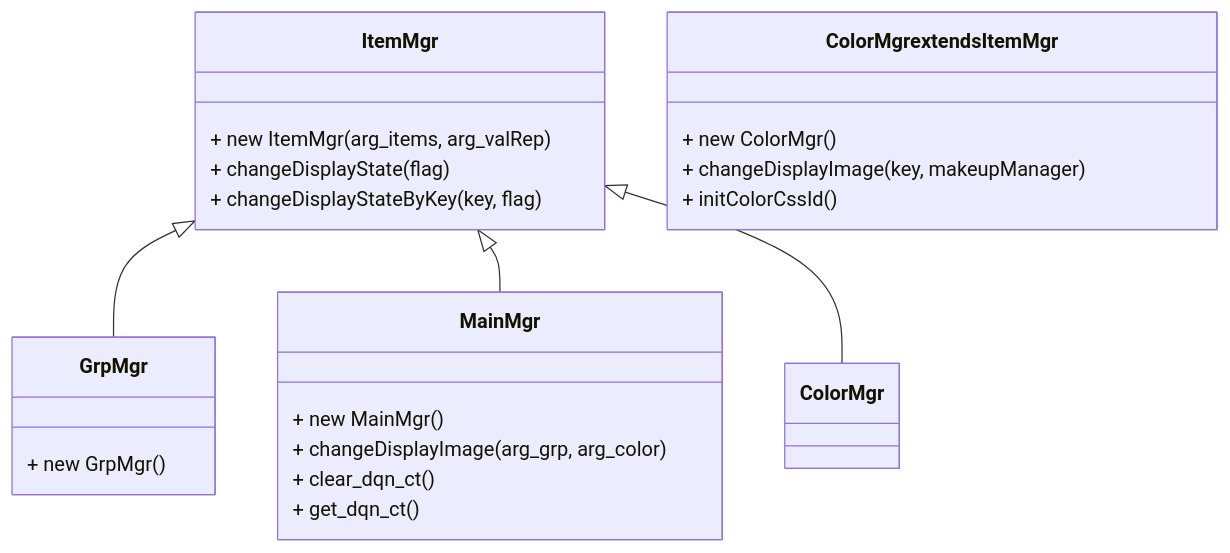
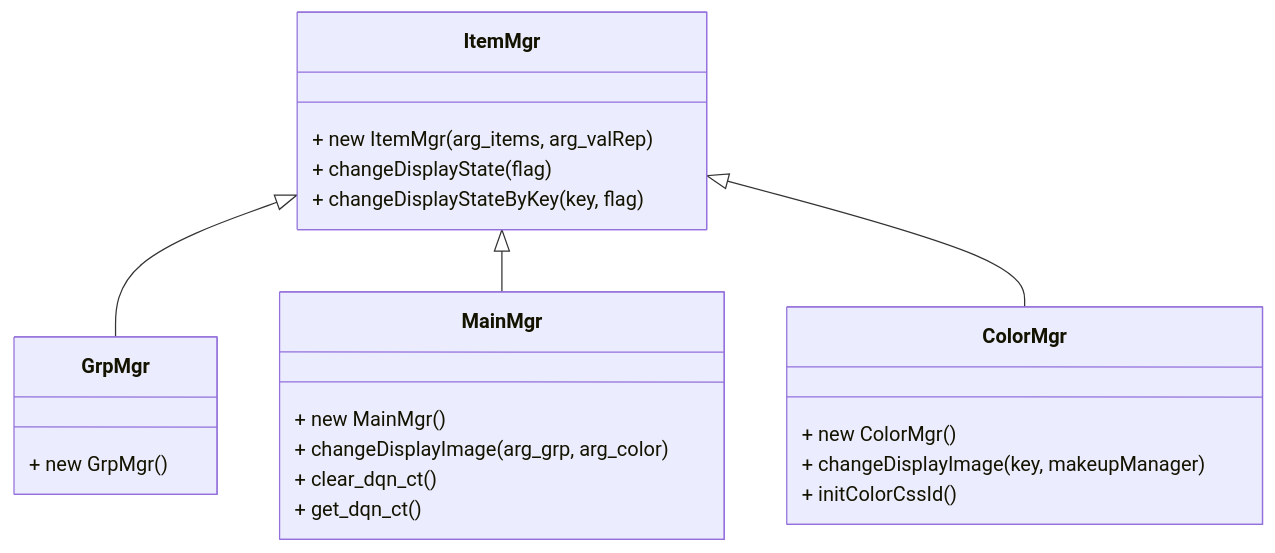
The fourth of 5 diagrams in classDiagram.md (data2coordi/pub_makeup), drawn with Mermaid before and after one commit. The commit also changed other lines of this file, not shown here.

````diff
--- a/classDiagram.md
+++ b/classDiagram.md
@@ -126,31 +126,31 @@
 ```mermaid
 classDiagram
 
 ItemMgr <|-- GrpMgr
 ItemMgr <|-- MainMgr
 ItemMgr <|-- ColorMgr
 
 
 class ItemMgr {
 + new ItemMgr(arg_items, arg_valRep)
 + changeDisplayState(flag)
 + changeDisplayStateByKey(key, flag)
 }
 
 class GrpMgr  {
 + new GrpMgr()
 }
 
 class MainMgr  {
 + new MainMgr()
 + changeDisplayImage(arg_grp, arg_color)
 + clear_dqn_ct()
 + get_dqn_ct()
 }
 
-class ColorMgr extends ItemMgr {
+class ColorMgr  {
 + new ColorMgr()
 + changeDisplayImage(key, makeupManager)
 + initColorCssId()
 }
 ```
````
